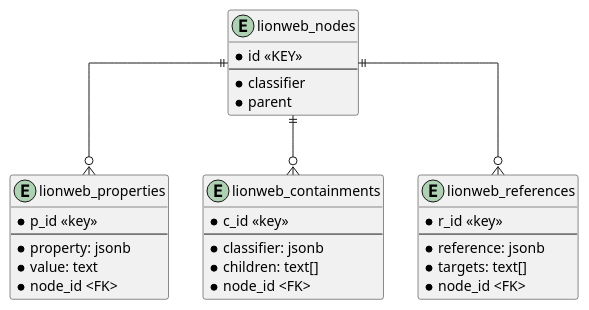
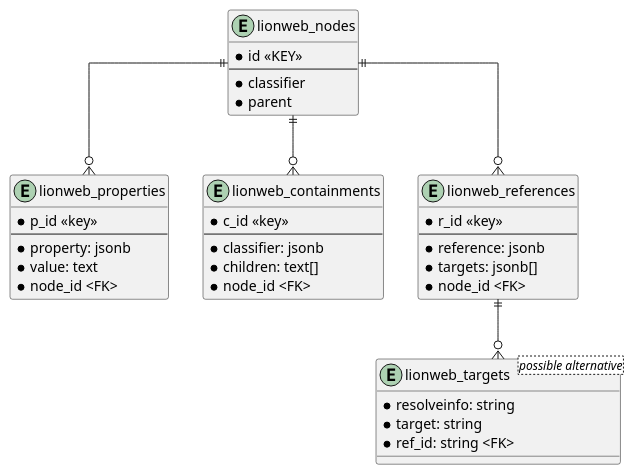
The diagram in docs/database-schema.puml (LionWeb-io/lionweb-repository), drawn with PlantUML before and after one commit.

Commit message:
Alternative db schema?

```diff
--- a/docs/database-schema.puml
+++ b/docs/database-schema.puml
@@ -1,34 +1,41 @@
 @startuml
 skinparam linetype ortho
 
 entity lionweb_nodes {
     * id <<KEY>>
     --
     * classifier
     * parent
 }
 entity lionweb_properties {
     * p_id <<key>>
     --
     * property: jsonb
     * value: text
     * node_id <FK>
 }
 entity lionweb_containments {
     * c_id <<key>>
     --
     * classifier: jsonb
     * children: text[]
     * node_id <FK>
 }
 entity lionweb_references {
     * r_id <<key>>
     --
     * reference: jsonb
-    * targets: text[]
+    * targets: jsonb[]
     * node_id <FK>
 }
+entity lionweb_targets <possible alternative> {
+    * resolveinfo: string
+    * target: string 
+    * ref_id: string <FK>
+}
+
 lionweb_nodes  ||--o{ lionweb_properties
 lionweb_nodes  ||--o{ lionweb_containments
 lionweb_nodes  ||--o{ lionweb_references
+lionweb_references  ||--o{ lionweb_targets
 @enduml
```
